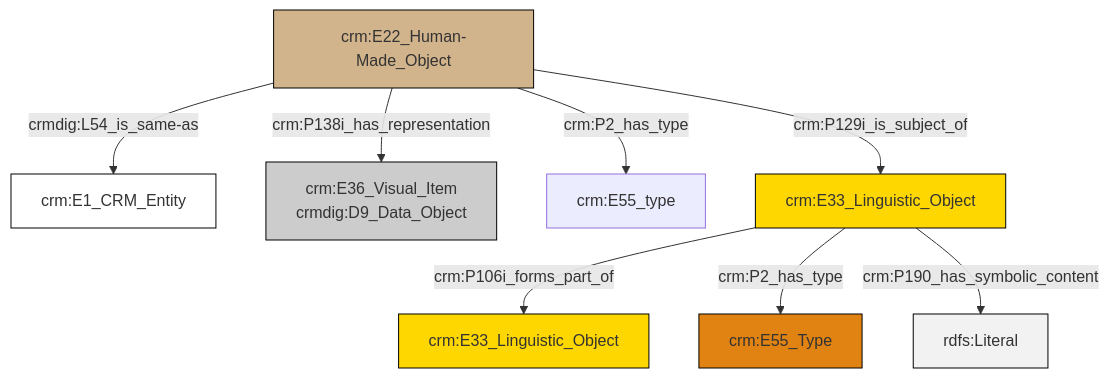
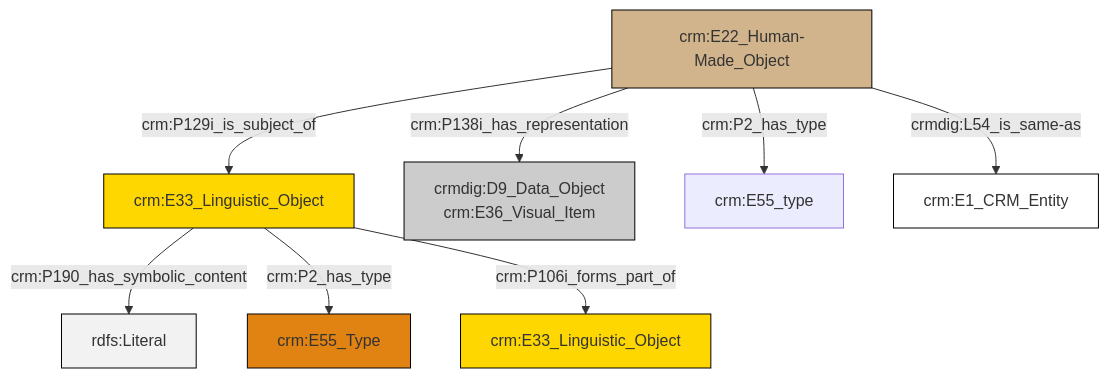
The diagram in et/artworkCSV/ttl/mmd/Artwork_Documentation.ttl.mmd (swiss-art-research-net/reference-data-models), drawn with Mermaid before and after one commit. The commit also changed 125 other files, not shown here.

```diff
--- a/et/artworkCSV/ttl/mmd/Artwork_Documentation.ttl.mmd
+++ b/et/artworkCSV/ttl/mmd/Artwork_Documentation.ttl.mmd
@@ -1,22 +1,22 @@
 graph TD
 classDef Literal fill:#f2f2f2,stroke:#000000;
 classDef CRM_Entity fill:#FFFFFF,stroke:#000000;
 classDef Temporal_Entity fill:#00C9E6, stroke:#000000;
 classDef Type fill:#E18312, stroke:#000000;
 classDef Time-Span fill:#2C9C91, stroke:#000000;
 classDef Appellation fill:#FFEB7F, stroke:#000000;
 classDef Place fill:#008836, stroke:#000000;
 classDef Persistent_Item fill:#B266B2, stroke:#000000;
 classDef Conceptual_Object fill:#FFD700, stroke:#000000;
 classDef Physical_Thing fill:#D2B48C, stroke:#000000;
 classDef Actor fill:#f58aad, stroke:#000000;
 classDef PC_Classes fill:#4ce600, stroke:#000000;
 classDef Multi fill:#cccccc,stroke:#000000;
 
-3["crm:E22_Human-Made_Object"]:::Physical_Thing -->|crmdig:L54_is_same-as| 4["crm:E1_CRM_Entity"]:::CRM_Entity
-3["crm:E22_Human-Made_Object"]:::Physical_Thing -->|crm:P138i_has_representation| 5["crm:E36_Visual_Item<br>crmdig:D9_Data_Object"]:::Multi
-3["crm:E22_Human-Made_Object"]:::Physical_Thing -->|crm:P2_has_type| 9["crm:E55_type"]:::Default
-10["crm:E33_Linguistic_Object"]:::Conceptual_Object -->|crm:P106i_forms_part_of| 7["crm:E33_Linguistic_Object"]:::Conceptual_Object
-10["crm:E33_Linguistic_Object"]:::Conceptual_Object -->|crm:P2_has_type| 0["crm:E55_Type"]:::Type
-3["crm:E22_Human-Made_Object"]:::Physical_Thing -->|crm:P129i_is_subject_of| 10["crm:E33_Linguistic_Object"]:::Conceptual_Object
-10["crm:E33_Linguistic_Object"]:::Conceptual_Object -->|crm:P190_has_symbolic_content| 14[rdfs:Literal]:::Literal
+2["crm:E22_Human-Made_Object"]:::Physical_Thing -->|crm:P138i_has_representation| 3["crmdig:D9_Data_Object<br>crm:E36_Visual_Item"]:::Multi
+2["crm:E22_Human-Made_Object"]:::Physical_Thing -->|crm:P2_has_type| 4["crm:E55_type"]:::Default
+0["crm:E33_Linguistic_Object"]:::Conceptual_Object -->|crm:P190_has_symbolic_content| 5[rdfs:Literal]:::Literal
+2["crm:E22_Human-Made_Object"]:::Physical_Thing -->|crm:P129i_is_subject_of| 0["crm:E33_Linguistic_Object"]:::Conceptual_Object
+0["crm:E33_Linguistic_Object"]:::Conceptual_Object -->|crm:P2_has_type| 7["crm:E55_Type"]:::Type
+0["crm:E33_Linguistic_Object"]:::Conceptual_Object -->|crm:P106i_forms_part_of| 10["crm:E33_Linguistic_Object"]:::Conceptual_Object
+2["crm:E22_Human-Made_Object"]:::Physical_Thing -->|crmdig:L54_is_same-as| 15["crm:E1_CRM_Entity"]:::CRM_Entity
```
